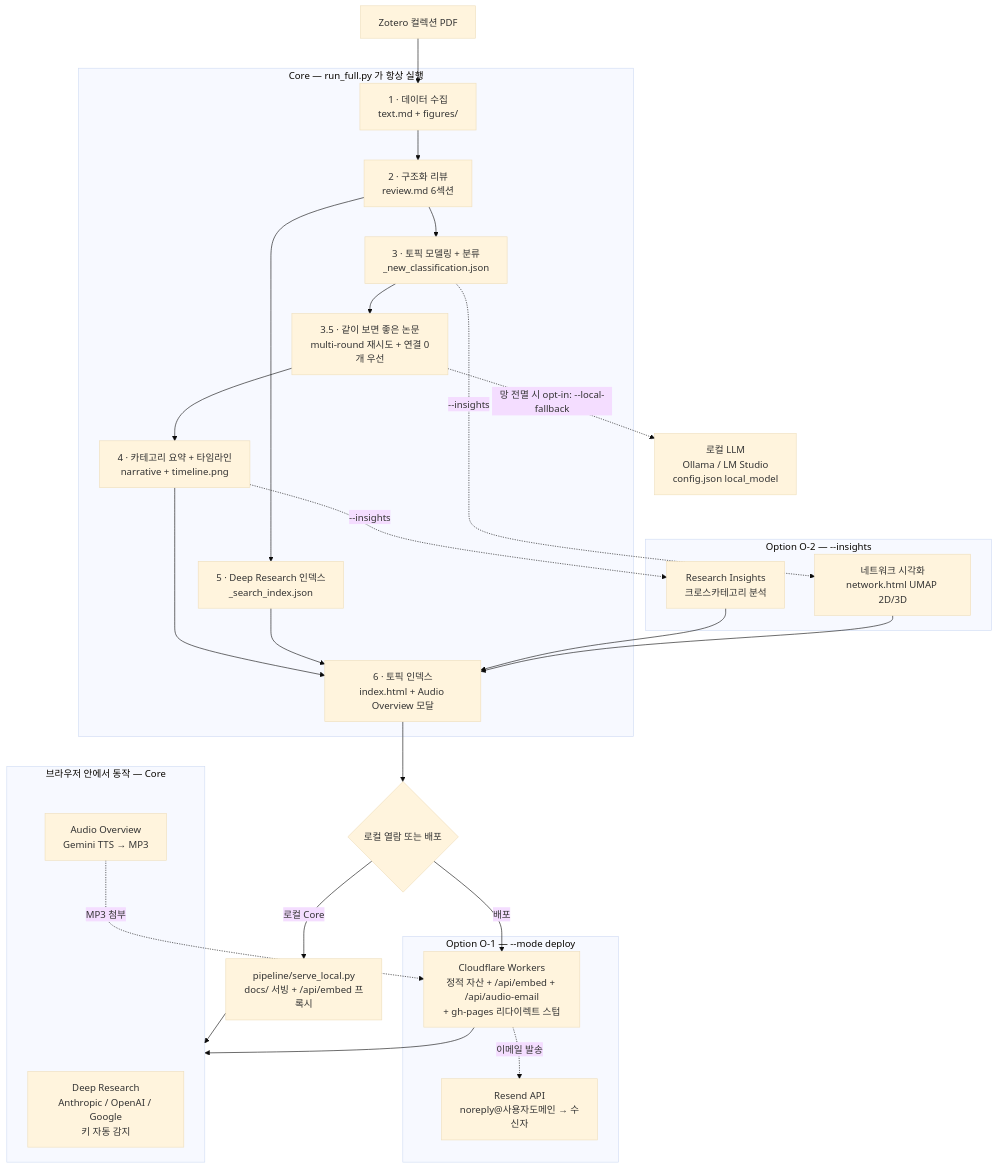
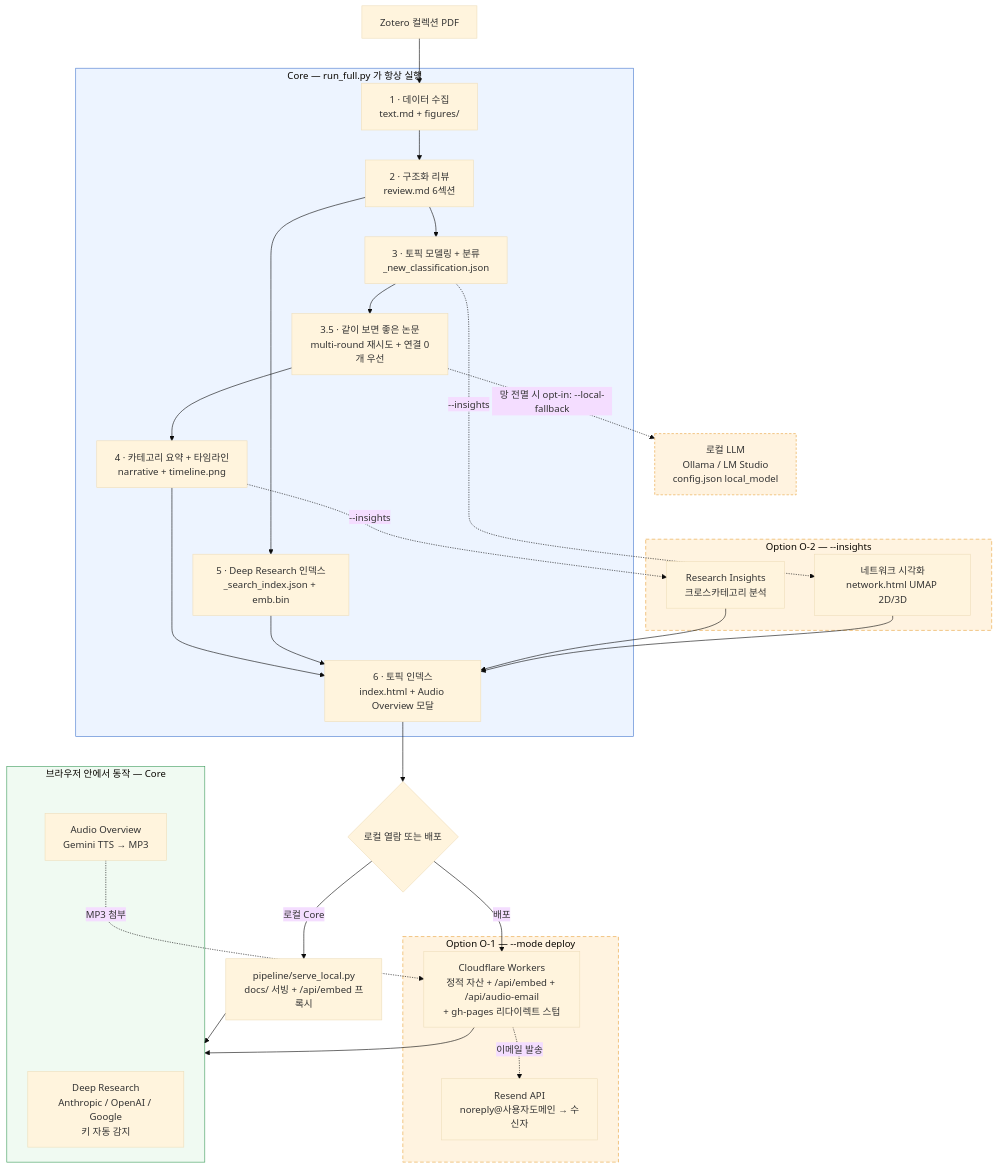
The diagram in README.md (sj00c/paper-curation), drawn with Mermaid (base theme) before and after one commit. The commit also changed other lines of this file and 5 other files, not shown here.

````diff
--- a/README.md
+++ b/README.md
@@ -160,39 +63,44 @@
 ```mermaid
 flowchart TB
     ZT[Zotero 컬렉션 PDF] --> S1
     subgraph Core[Core — run_full.py 가 항상 실행]
       S1[1 · 데이터 수집<br/>text.md + figures/]
       S2[2 · 구조화 리뷰<br/>review.md 6섹션]
       S3[3 · 토픽 모델링 + 분류<br/>_new_classification.json]
       S3C[3.5 · 같이 보면 좋은 논문<br/>multi-round 재시도 + 연결 0개 우선]
       S4[4 · 카테고리 요약 + 타임라인<br/>narrative + timeline.png]
-      S5[5 · Deep Research 인덱스<br/>_search_index.json]
+      S5[5 · Deep Research 인덱스<br/>_search_index.json + emb.bin]
       S6[6 · 토픽 인덱스<br/>index.html + Audio Overview 모달]
     end
     S1 --> S2 --> S3 --> S3C --> S4 --> S6
     S2 --> S5 --> S6
     S3C -.->|"망 전멸 시 opt-in: --local-fallback"| LF[로컬 LLM<br/>Ollama / LM Studio<br/>config.json local_model]
     subgraph Opt2["Option O-2 — --insights"]
       INS[Research Insights<br/>크로스카테고리 분석]
       NET[네트워크 시각화<br/>network.html UMAP 2D/3D]
     end
     S4 -.->|"--insights"| INS
     INS --> S6
     S3 -.->|"--insights"| NET
     NET --> S6
     S6 --> OUT{로컬 열람 또는 배포}
     OUT -->|로컬 Core| LOCAL[pipeline/serve_local.py<br/>docs/ 서빙 + /api/embed 프록시]
     subgraph Opt1["Option O-1 — --mode deploy"]
       DEPLOY[Cloudflare Workers<br/>정적 자산 + /api/embed + /api/audio-email<br/>+ gh-pages 리다이렉트 스텁]
       RESEND[Resend API<br/>noreply@사용자도메인 → 수신자]
     end
     OUT -->|배포| DEPLOY
     DEPLOY -.이메일 발송.-> RESEND
     subgraph Browser[브라우저 안에서 동작 — Core]
       DR[Deep Research<br/>Anthropic / OpenAI / Google<br/>키 자동 감지]
       AO[Audio Overview<br/>Gemini TTS → MP3]
     end
     LOCAL --> Browser
     DEPLOY --> Browser
     AO -.MP3 첨부.-> DEPLOY
+    style Core fill:#EDF4FF,stroke:#4A7BD0
+    style Browser fill:#F0FAF2,stroke:#3E9C5C
+    style Opt1 fill:#FFF3E0,stroke:#E8A33D,stroke-dasharray:6 4
+    style Opt2 fill:#FFF3E0,stroke:#E8A33D,stroke-dasharray:6 4
+    style LF fill:#FFF3E0,stroke:#E8A33D,stroke-dasharray:4 3
 ```
````
